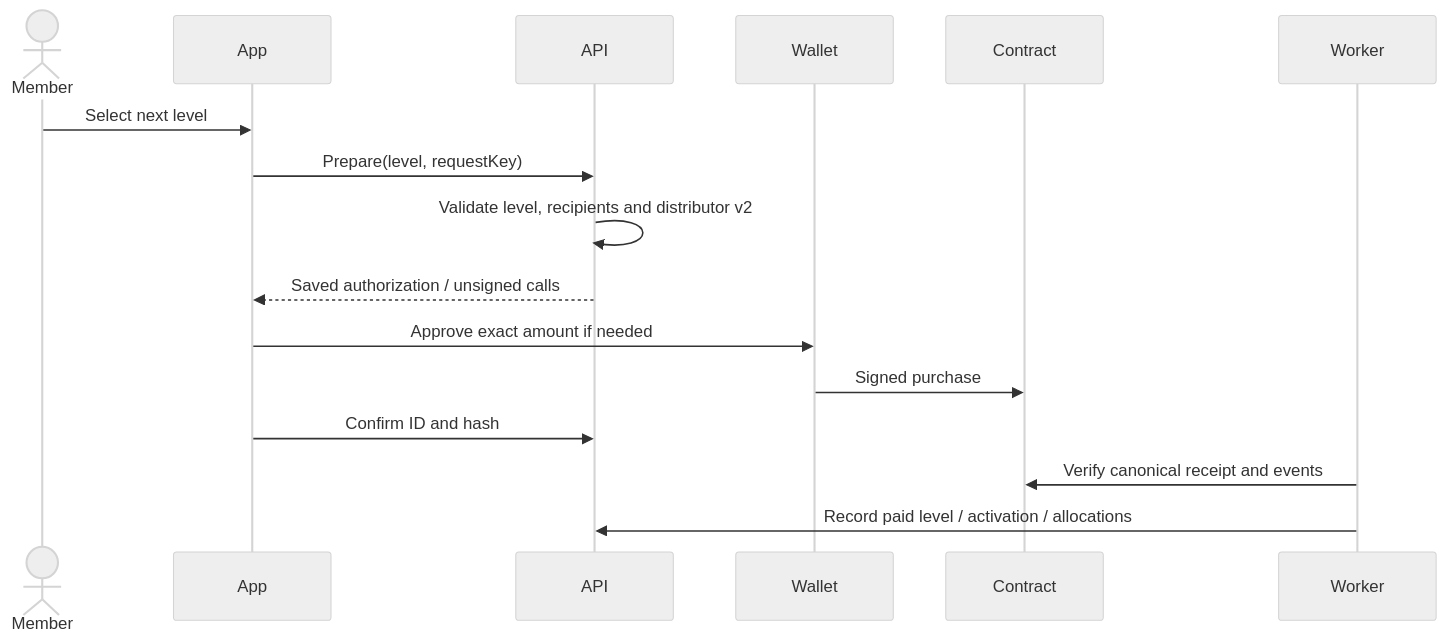
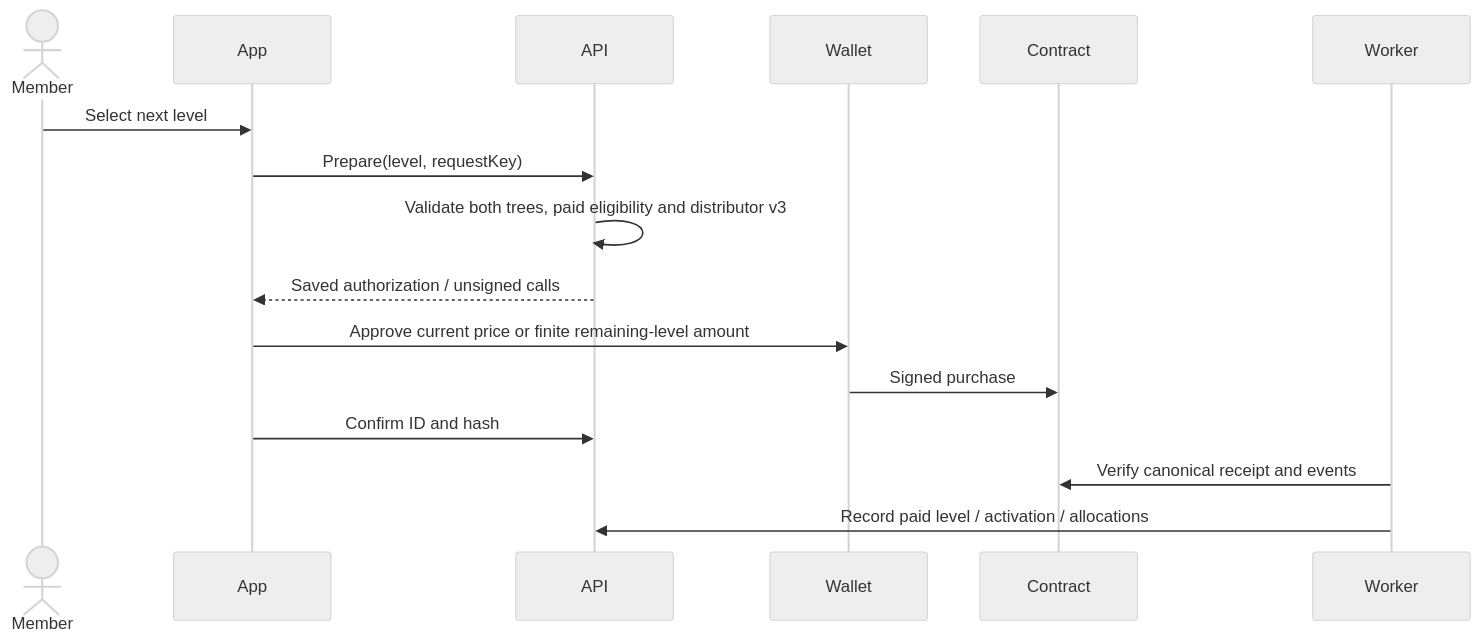
Before and after one commit to KkyJim12/affiliate-platform: the diagram in docs/th/payments-and-conditions.md, drawn with Mermaid (neutral theme). The commit also changed other lines of this file and 33 other files, not shown here.

````diff
--- a/docs/th/payments-and-conditions.md
+++ b/docs/th/payments-and-conditions.md
@@ -105,18 +105,18 @@
 ```mermaid
 sequenceDiagram
   actor Member
   participant App
   participant API
   participant Wallet
   participant Contract
   participant Worker
   Member->>App: Select next level
   App->>API: Prepare(level, requestKey)
-  API->>API: Validate level, recipients and distributor v2
+  API->>API: Validate both trees, paid eligibility and distributor v3
   API-->>App: Saved authorization / unsigned calls
-  App->>Wallet: Approve exact amount if needed
+  App->>Wallet: Approve current price or finite remaining-level amount
   Wallet->>Contract: Signed purchase
   App->>API: Confirm ID and hash
   Worker->>Contract: Verify canonical receipt and events
   Worker->>API: Record paid level / activation / allocations
 ```
````
